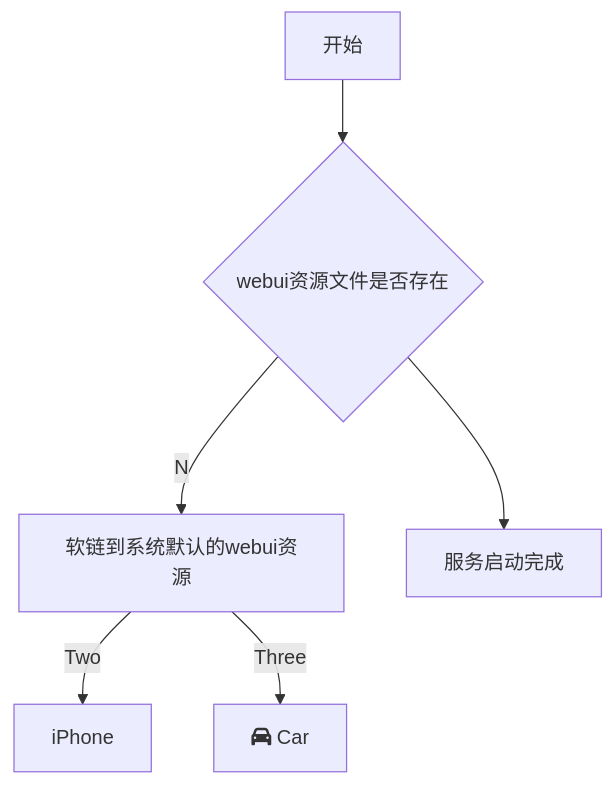
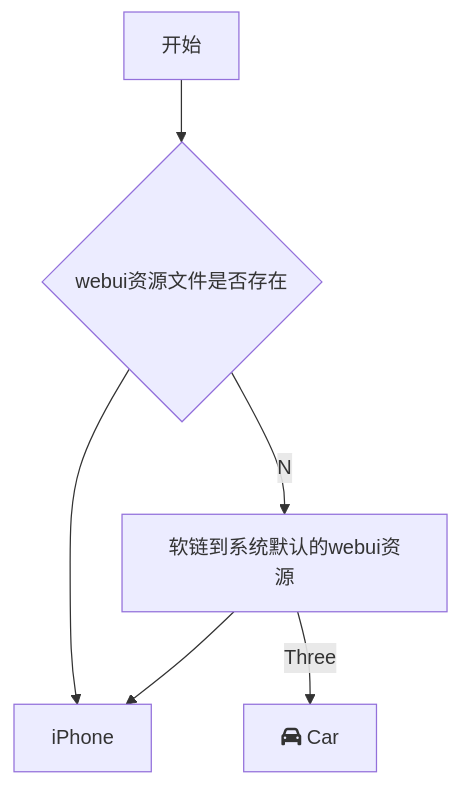
The diagram in all/未命名.md (HaleyCoder/iodraw-files), drawn with Mermaid before and after one commit.

Commit message:
2024-08-29 14:36:52 update

````diff
--- a/all/未命名.md
+++ b/all/未命名.md
@@ -1,9 +1,9 @@
 ```mermaid
 graph TD
     A[开始] --> B{webui资源文件是否存在}
     B -->|N| C[软链到系统默认的webui资源]
     B --> D[服务启动完成]
-    C -->|Two| E[iPhone]
+    C --> D[iPhone]
     C -->|Three| F[fa:fa-car Car]
   
 ```
````
